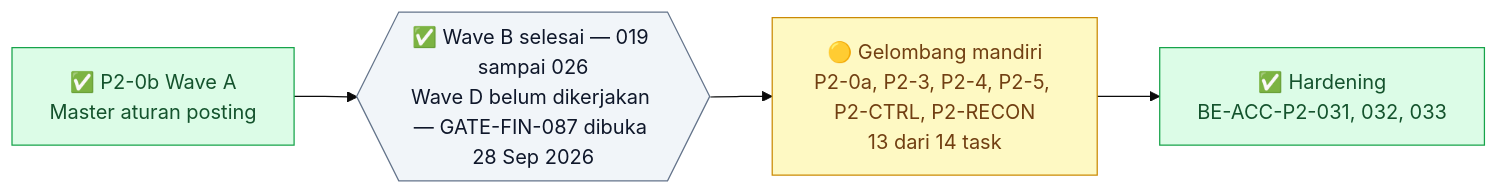
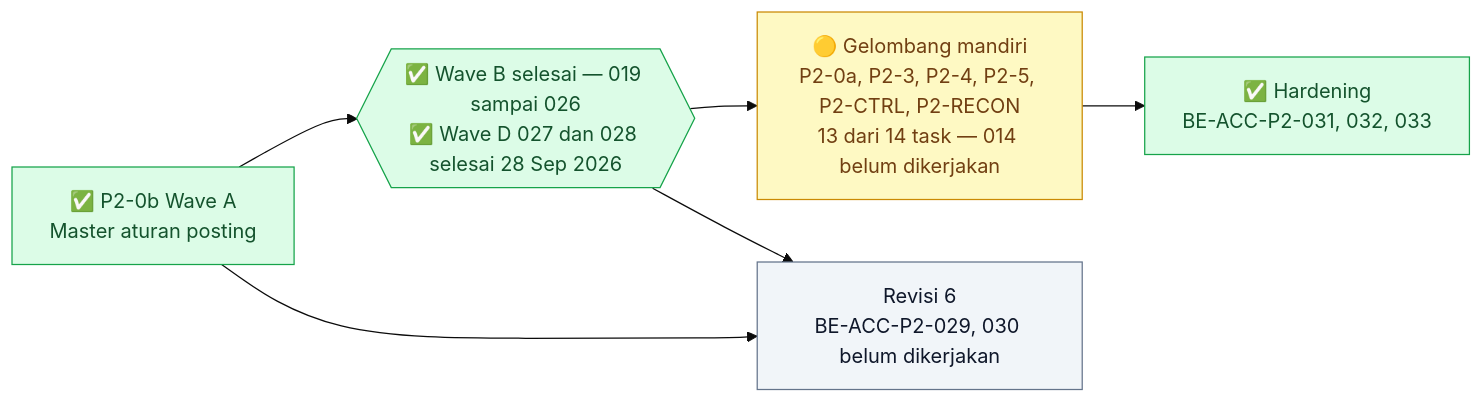
Before and after one commit to DevBenari/NewQuilvianSystemBackend: the first of 5 diagrams in docs/module-blueprints/accounting/roadmap/backend-roadmap-phase2.md, drawn with Mermaid (base theme). The commit also changed other lines of this file and 13 other files, not shown here.

Commit message:
docs(accounting): rekonsiliasi saldo subledger - ACC-DEC-107..115, GATE-DESAIN-0928 (ACC-API-0.13/0.14, XMOD-0.4), roadmap BE rev6 FE rev7

````diff
--- a/docs/module-blueprints/accounting/roadmap/backend-roadmap-phase2.md
+++ b/docs/module-blueprints/accounting/roadmap/backend-roadmap-phase2.md
@@ -44,17 +45,20 @@
 ```mermaid
 flowchart LR
     classDef selesai fill:#DCFCE7,stroke:#16A34A,color:#14532D
     classDef sebagian fill:#FEF9C3,stroke:#CA8A04,color:#713F12
     classDef terblokir fill:#FEE2E2,stroke:#DC2626,color:#7F1D1D
     classDef belum fill:#F1F5F9,stroke:#64748B,color:#0F172A
     classDef luar fill:#EDE9FE,stroke:#7C3AED,color:#3B0764
 
-    SMANDIRI["🟡 Gelombang mandiri<br/>P2-0a, P2-3, P2-4, P2-5, P2-CTRL, P2-RECON<br/>13 dari 14 task"]:::sebagian
+    SMANDIRI["🟡 Gelombang mandiri<br/>P2-0a, P2-3, P2-4, P2-5, P2-CTRL, P2-RECON<br/>13 dari 14 task — 014 belum dikerjakan"]:::sebagian
     SHARD["✅ Hardening<br/>BE-ACC-P2-031, 032, 033"]:::selesai
     SP20B["✅ P2-0b Wave A<br/>Master aturan posting"]:::selesai
-    GP21{{"✅ Wave B selesai — 019 sampai 026<br/>Wave D belum dikerjakan — GATE-FIN-087 dibuka 28 Sep 2026"}}:::belum
+    GP21{{"✅ Wave B selesai — 019 sampai 026<br/>✅ Wave D 027 dan 028 selesai 28 Sep 2026"}}:::selesai
+    SREV6["Revisi 6<br/>BE-ACC-P2-029, 030 belum dikerjakan"]:::belum
 
     SMANDIRI --> SHARD
     SP20B --> GP21
     GP21 --> SMANDIRI
+    GP21 --> SREV6
+    SP20B --> SREV6
 ```
````
